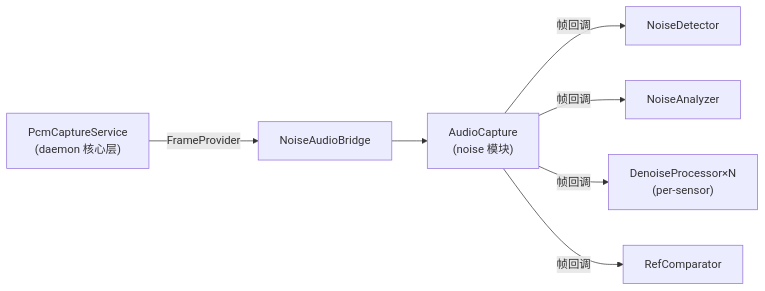
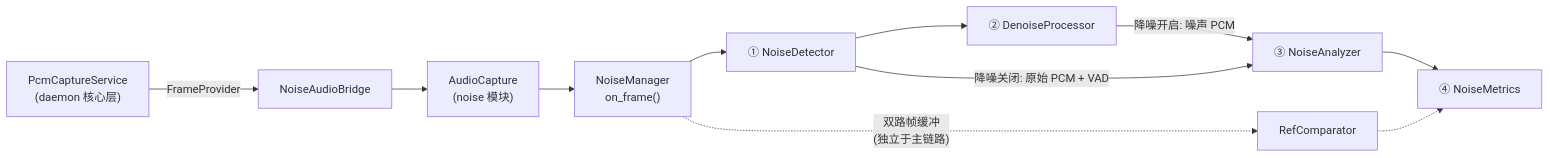
One commit to JunJunHub/aes67-linux-daemon changed the third of 6 diagrams in docs/noise/architecture-design.md. Above: the diagram before and after it, drawn with Mermaid. The commit also changed other lines of this file, not shown here.

First line of the commit message:
docs(noise): 修正线程模型 — 单传感器顺序处理链路 + RefComparator 独立双路缓冲

````diff
--- a/docs/noise/architecture-design.md
+++ b/docs/noise/architecture-design.md
@@ -318,9 +318,13 @@
 ```mermaid
 flowchart LR
     PCS["PcmCaptureService<br/>(daemon 核心层)"] -->|FrameProvider| BRIDGE["NoiseAudioBridge"]
     BRIDGE --> CAP["AudioCapture<br/>(noise 模块)"]
-    CAP -->|帧回调| DET["NoiseDetector"]
-    CAP -->|帧回调| ANA["NoiseAnalyzer"]
-    CAP -->|帧回调| DNR["DenoiseProcessor×N<br/>(per-sensor)"]
-    CAP -->|帧回调| REF["RefComparator"]
+    CAP --> NM["NoiseManager<br/>on_frame()"]
+    NM --> DET["① NoiseDetector"]
+    DET --> DNR["② DenoiseProcessor"]
+    DNR -->|"降噪开启: 噪声 PCM"| ANA["③ NoiseAnalyzer"]
+    DET -->|"降噪关闭: 原始 PCM + VAD"| ANA
+    ANA --> MET["④ NoiseMetrics"]
+    NM -.->|"双路帧缓冲<br/>(独立于主链路)"| REF["RefComparator"]
+    REF -.-> MET
 ```
````
